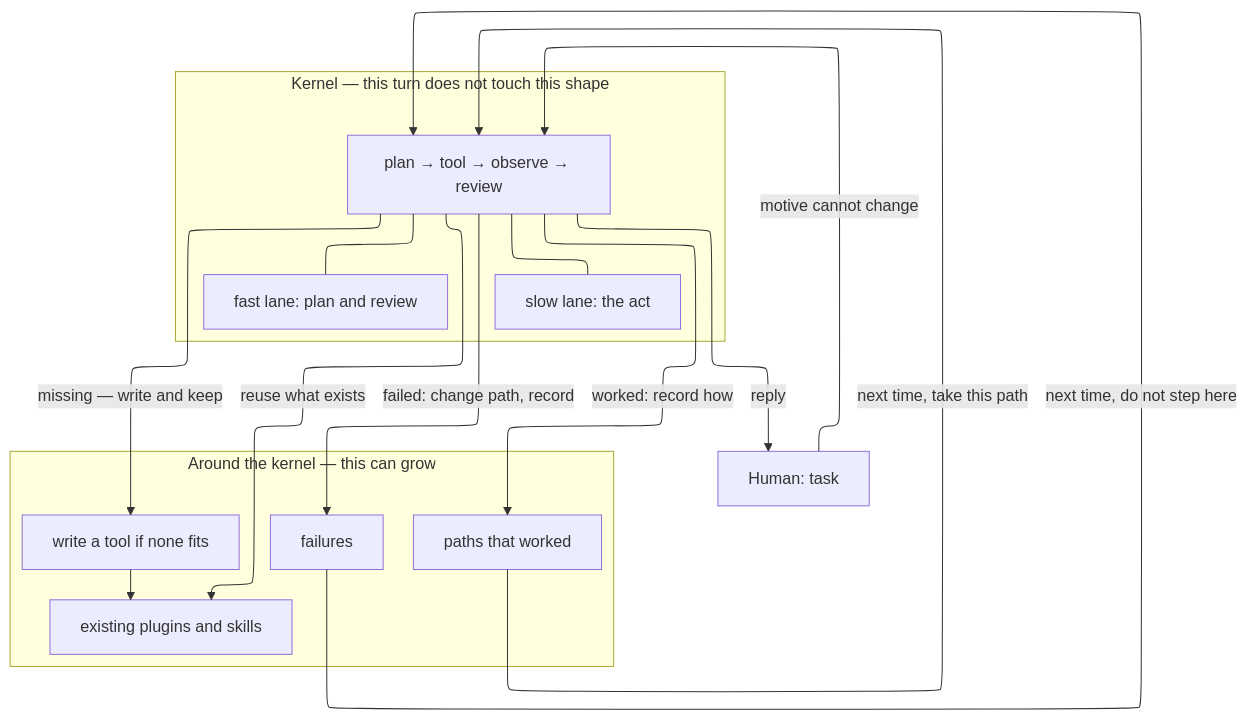
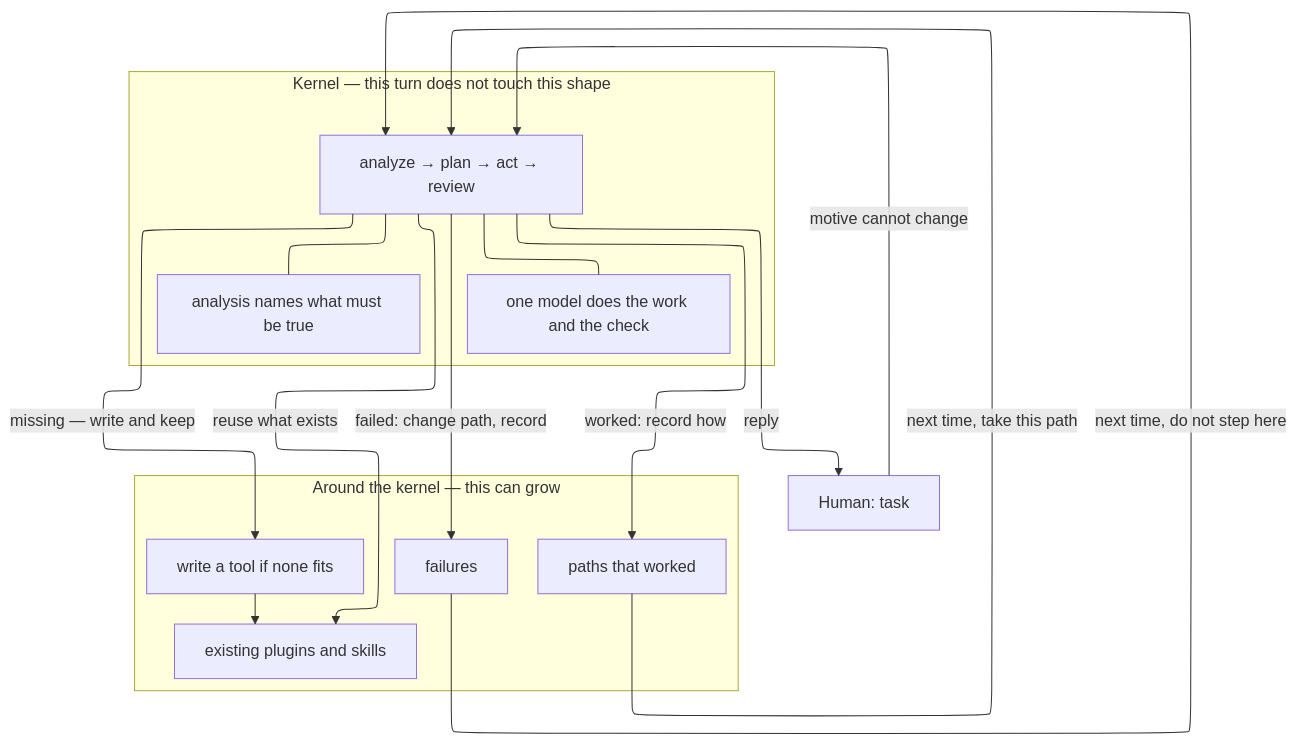
One commit to sergey-show/barney changed the diagram in README.md. Above: the diagram before and after it, drawn with Mermaid. The commit also changed other lines of this file and 30 other files, not shown here.

````diff
--- a/README.md
+++ b/README.md
@@ -37,32 +37,32 @@
 ```mermaid
 ---
 config:
   layout: elk
   theme: mc
 ---
 flowchart TB
  subgraph Kernel["Kernel — this turn does not touch this shape"]
-        Loop["plan → tool → observe → review"]
-        Fast["fast lane: plan and review"]
-        Slow["slow lane: the act"]
+        Loop["analyze → plan → act → review"]
+        Think["analysis names what must be true"]
+        Act["one model does the work and the check"]
   end
  subgraph Around["Around the kernel — this can grow"]
         Plugins["existing plugins and skills"]
         Own["write a tool if none fits"]
         FailMem["failures"]
         WinMem["paths that worked"]
   end
     Human["Human: task"] -- motive cannot change --> Loop
-    Loop --- Fast & Slow
+    Loop --- Think & Act
     Loop -- reuse what exists --> Plugins
     Loop -- missing — write and keep --> Own
     Own --> Plugins
     Loop -- failed: change path, record --> FailMem
     FailMem -- next time, do not step here --> Loop
     Loop -- worked: record how --> WinMem
     WinMem L_WinMem_Loop_0@-- next time, take this path --> Loop
     Loop -- reply --> Human
 
 
     L_WinMem_Loop_0@{ animation: none }
 ```
````
